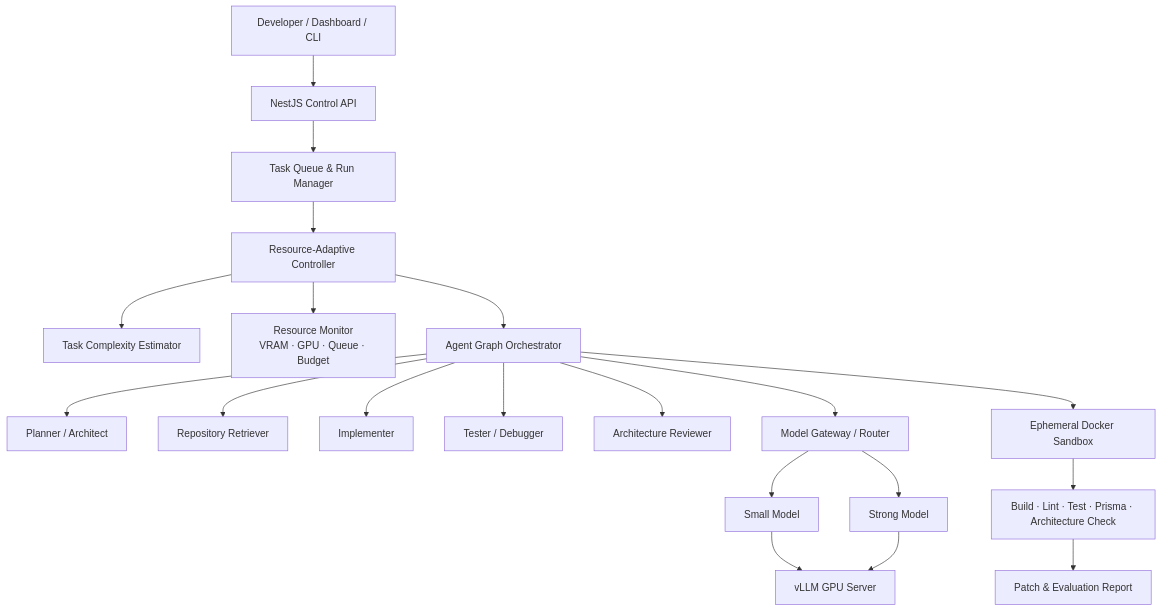
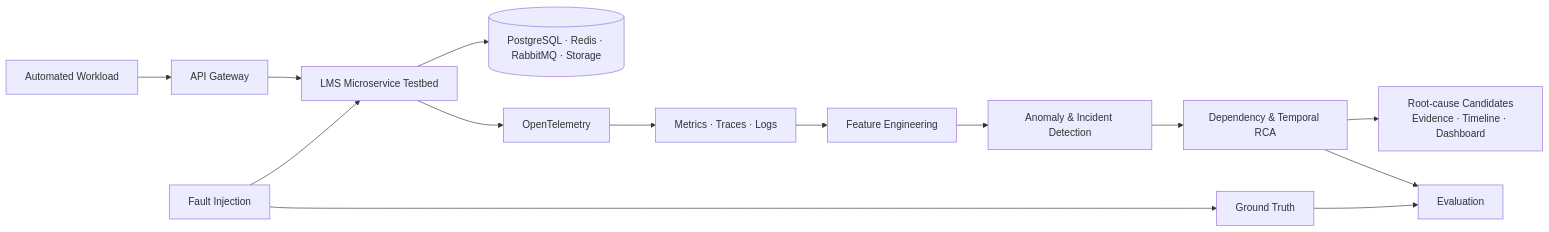
The diagram in README.md (Minhduc7904/DO_AN_TOT_NGHIEP), drawn with Mermaid before and after one commit. The commit also changed other lines of this file and 6 other files, not shown here.

````diff
--- a/README.md
+++ b/README.md
@@ -70,26 +45,18 @@
 ```mermaid
-flowchart TD
-    U[Developer / Dashboard / CLI] --> API[NestJS Control API]
-    API --> RM[Task Queue & Run Manager]
-    RM --> RAC[Resource-Adaptive Controller]
+flowchart LR
+    U[Automated Workload] --> G[API Gateway]
+    G --> S[LMS Microservice Testbed]
+    S --> D[(PostgreSQL · Redis · RabbitMQ · Storage)]
+    S --> O[OpenTelemetry]
 
-    RAC --> TCE[Task Complexity Estimator]
-    RAC --> MON[Resource Monitor<br/>VRAM · GPU · Queue · Budget]
-    RAC --> ORCH[Agent Graph Orchestrator]
+    O --> T[Metrics · Traces · Logs]
+    T --> F[Feature Engineering]
+    F --> A[Anomaly & Incident Detection]
+    A --> R[Dependency & Temporal RCA]
+    R --> V[Root-cause Candidates<br/>Evidence · Timeline · Dashboard]
 
-    ORCH --> P[Planner / Architect]
-    ORCH --> R[Repository Retriever]
-    ORCH --> I[Implementer]
-    ORCH --> T[Tester / Debugger]
-    ORCH --> AR[Architecture Reviewer]
-
-    ORCH --> GW[Model Gateway / Router]
-    GW --> SM[Small Model]
-    GW --> LM[Strong Model]
-    SM --> VLLM[vLLM GPU Server]
-    LM --> VLLM
-
-    ORCH --> SB[Ephemeral Docker Sandbox]
-    SB --> EV[Build · Lint · Test · Prisma · Architecture Check]
-    EV --> OUT[Patch & Evaluation Report]
+    I[Fault Injection] --> S
+    I --> GT[Ground Truth]
+    GT --> E[Evaluation]
+    R --> E
 ```
````
